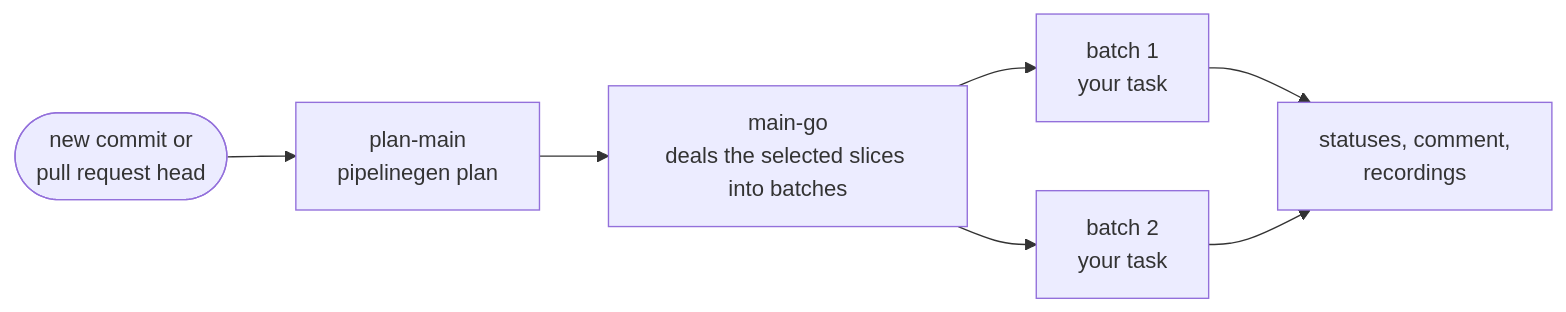
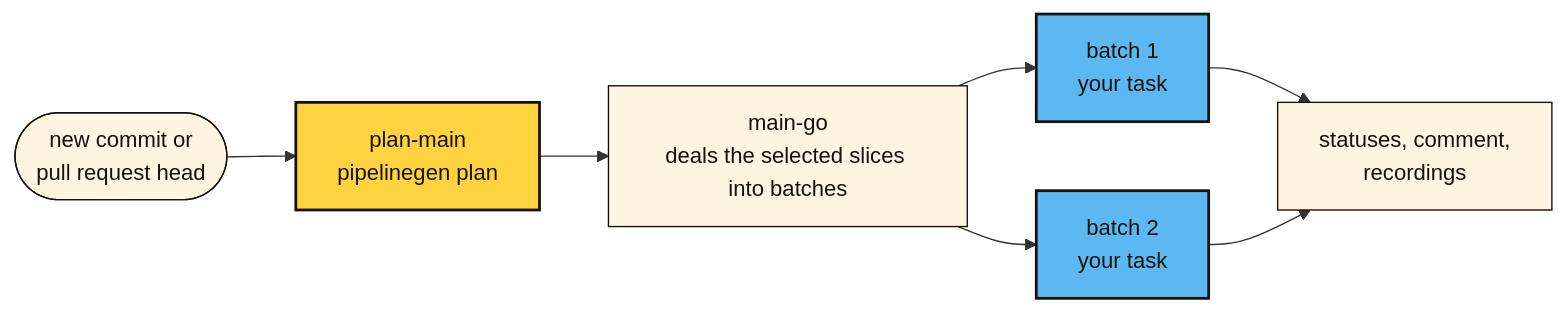
One commit to sideways-works/pipelinegen changed the diagram in docs/concepts/runs-and-the-pipeline.md. Above: the diagram before and after it, drawn with Mermaid. The commit also changed 3 other files, not shown here.

Commit message:
docs: the book's diagrams in the brand colours

````diff
--- a/docs/concepts/runs-and-the-pipeline.md
+++ b/docs/concepts/runs-and-the-pipeline.md
@@ -59,9 +59,15 @@
 ```mermaid
 flowchart LR
   trigger(["new commit or<br/>pull request head"]) --> plan["plan-main<br/>pipelinegen plan"]
   plan --> suite["main-go<br/>deals the selected slices into batches"]
   suite --> b1["batch 1<br/>your task"]
   suite --> b2["batch 2<br/>your task"]
   b1 --> report["statuses, comment,<br/>recordings"]
   b2 --> report
+  classDef default fill:#FFF4E2,stroke:#15110D,color:#15110D
+  classDef key fill:#FFD23F,stroke:#15110D,color:#15110D,stroke-width:2px
+  classDef runs fill:#5BB8F0,stroke:#15110D,color:#15110D,stroke-width:2px
+  classDef out fill:#EEEEEE,stroke:#9E9E9E,color:#57606A,stroke-dasharray:4 4
+  class plan key
+  class b1,b2 runs
 ```
````
